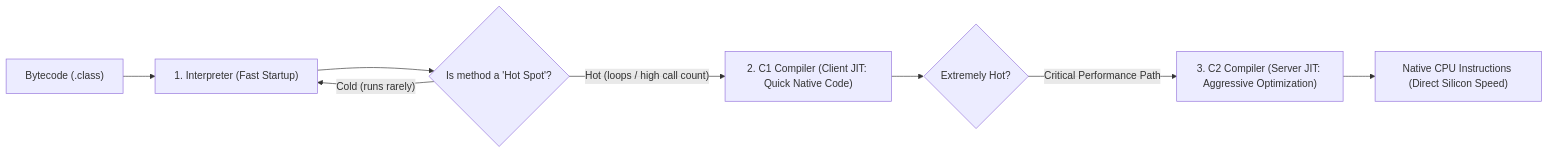
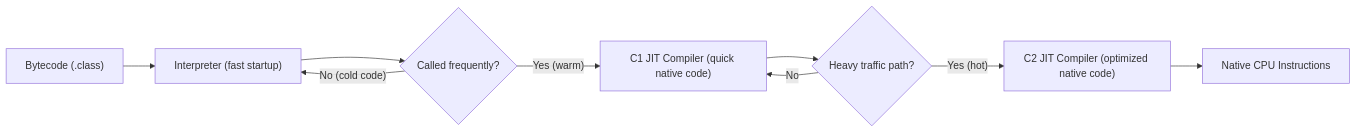
The third of 4 diagrams in content/roadmap/level-0/environment-setup.md (ravishankar2463/java_hub), drawn with Mermaid before and after one commit. The commit also changed other lines of this file and 119 other files, not shown here.

Commit message:
feat: add comprehensive java learning roadmap content across multiple levels

````diff
--- a/content/roadmap/level-0/environment-setup.md
+++ b/content/roadmap/level-0/environment-setup.md
@@ -144,10 +119,11 @@
 ```mermaid
 flowchart LR
-    BC["Bytecode (.class)"] --> Interp["1. Interpreter (Fast Startup)"]
-    Interp --> Profiler{"Is method a 'Hot Spot'?"}
-    Profiler -->|"Cold (runs rarely)"| Interp
-    Profiler -->|"Hot (loops / high call count)"| C1["2. C1 Compiler (Client JIT: Quick Native Code)"]
-    C1 --> C2Profiler{"Extremely Hot?"}
-    C2Profiler -->|"Critical Performance Path"| C2["3. C2 Compiler (Server JIT: Aggressive Optimization)"]
-    C2 --> Native["Native CPU Instructions (Direct Silicon Speed)"]
+    BC["Bytecode (.class)"] --> Interp["Interpreter (fast startup)"]
+    Interp --> Hot{"Called frequently?"}
+    Hot -->|"No (cold code)"| Interp
+    Hot -->|"Yes (warm)"| C1["C1 JIT Compiler (quick native code)"]
+    C1 --> VeryHot{"Heavy traffic path?"}
+    VeryHot -->|"No"| C1
+    VeryHot -->|"Yes (hot)"| C2["C2 JIT Compiler (optimized native code)"]
+    C2 --> Native["Native CPU Instructions"]
 ```
````
